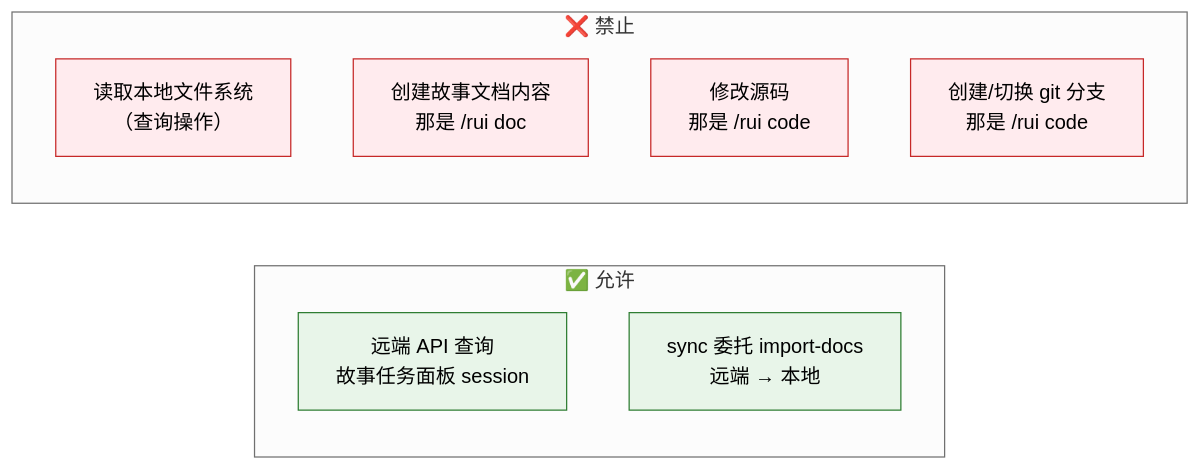
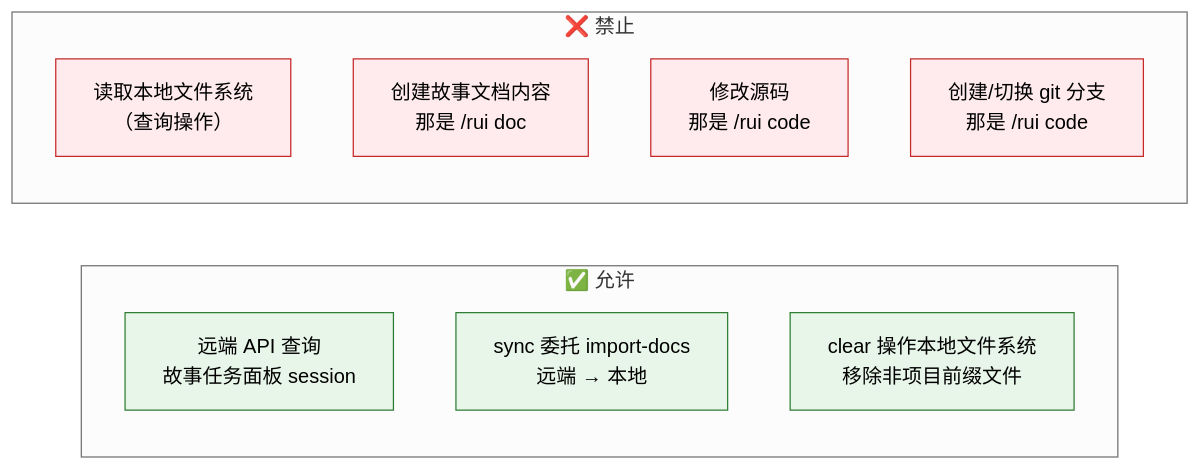
Before and after one commit to effiy/YrY: the third of 12 diagrams in skills/rui-story/SKILL.md, drawn with Mermaid (neutral theme). The commit also changed other lines of this file and 28 other files, not shown here.

````diff
--- a/skills/rui-story/SKILL.md
+++ b/skills/rui-story/SKILL.md
@@ -80,16 +83,17 @@
 ```mermaid
 flowchart LR
     subgraph 允许["✅ 允许"]
         A1["远端 API 查询<br/>故事任务面板 session"]:::ok
         A2["sync 委托 import-docs<br/>远端 → 本地"]:::ok
+        A3["clear 操作本地文件系统<br/>移除非项目前缀文件"]:::ok
     end
     subgraph 禁止["❌ 禁止"]
         B1["读取本地文件系统<br/>（查询操作）"]:::bad
         B2["创建故事文档内容<br/>那是 /rui doc"]:::bad
         B3["修改源码<br/>那是 /rui code"]:::bad
         B4["创建/切换 git 分支<br/>那是 /rui code"]:::bad
     end
 
     classDef ok fill:#e8f5e9,stroke:#2e7d32;
     classDef bad fill:#ffebee,stroke:#c62828;
 ```
````
